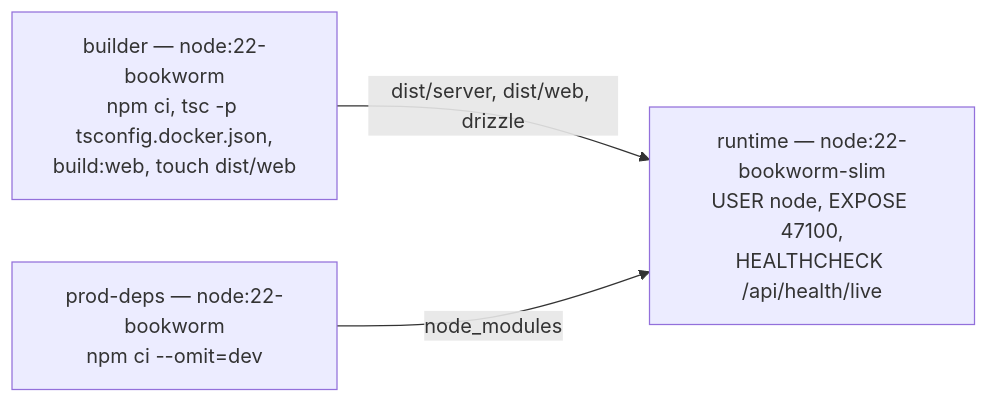
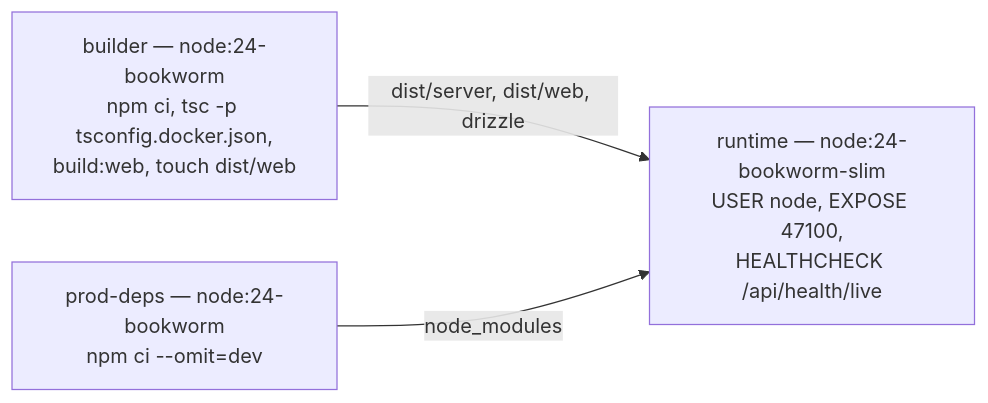
One commit to chomamateusz/agentproofarch changed the second of 4 diagrams in website/docs/operations/self-host-and-domains.md. Above: the diagram before and after it, drawn with Mermaid. The commit also changed 23 other files, not shown here.

First line of the commit message:
Toolchain: Node 22 -> 24 (current LTS) across CI, Docker, engines and docs

````diff
--- a/website/docs/operations/self-host-and-domains.md
+++ b/website/docs/operations/self-host-and-domains.md
@@ -70,8 +70,8 @@
 ```mermaid
 flowchart LR
-    b["builder — node:22-bookworm<br/>npm ci, tsc -p tsconfig.docker.json,<br/>build:web, touch dist/web"]
-    p["prod-deps — node:22-bookworm<br/>npm ci --omit=dev"]
-    r["runtime — node:22-bookworm-slim<br/>USER node, EXPOSE 47100,<br/>HEALTHCHECK /api/health/live"]
+    b["builder — node:24-bookworm<br/>npm ci, tsc -p tsconfig.docker.json,<br/>build:web, touch dist/web"]
+    p["prod-deps — node:24-bookworm<br/>npm ci --omit=dev"]
+    r["runtime — node:24-bookworm-slim<br/>USER node, EXPOSE 47100,<br/>HEALTHCHECK /api/health/live"]
     b -->|"dist/server, dist/web, drizzle"| r
     p -->|"node_modules"| r
 ```
````
